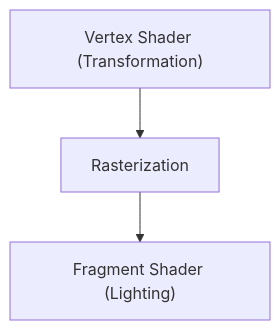
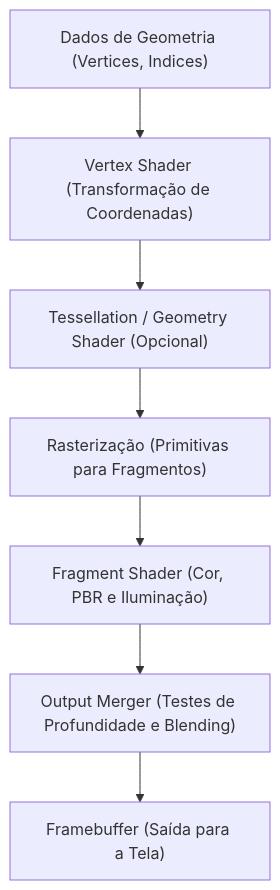
The diagram in content/post/tech-3d-engine/index.pt.md (kenjinote/blog), drawn with Mermaid before and after one commit. The commit also changed other lines of this file and 219 other files, not shown here.

````diff
--- a/content/post/tech-3d-engine/index.pt.md
+++ b/content/post/tech-3d-engine/index.pt.md
@@ -17,5 +28,9 @@
 ```mermaid
 flowchart TD
-    A["Vertex Shader (Transformation)"] --> B["Rasterization"]
-    B --> C["Fragment Shader (Lighting)"]
+    A["Dados de Geometria (Vertices, Indices)"] --> B["Vertex Shader (Transformação de Coordenadas)"]
+    B --> C["Tessellation / Geometry Shader (Opcional)"]
+    C --> D["Rasterização (Primitivas para Fragmentos)"]
+    D --> E["Fragment Shader (Cor, PBR e Iluminação)"]
+    E --> F["Output Merger (Testes de Profundidade e Blending)"]
+    F --> G["Framebuffer (Saída para a Tela)"]
 ```
````
